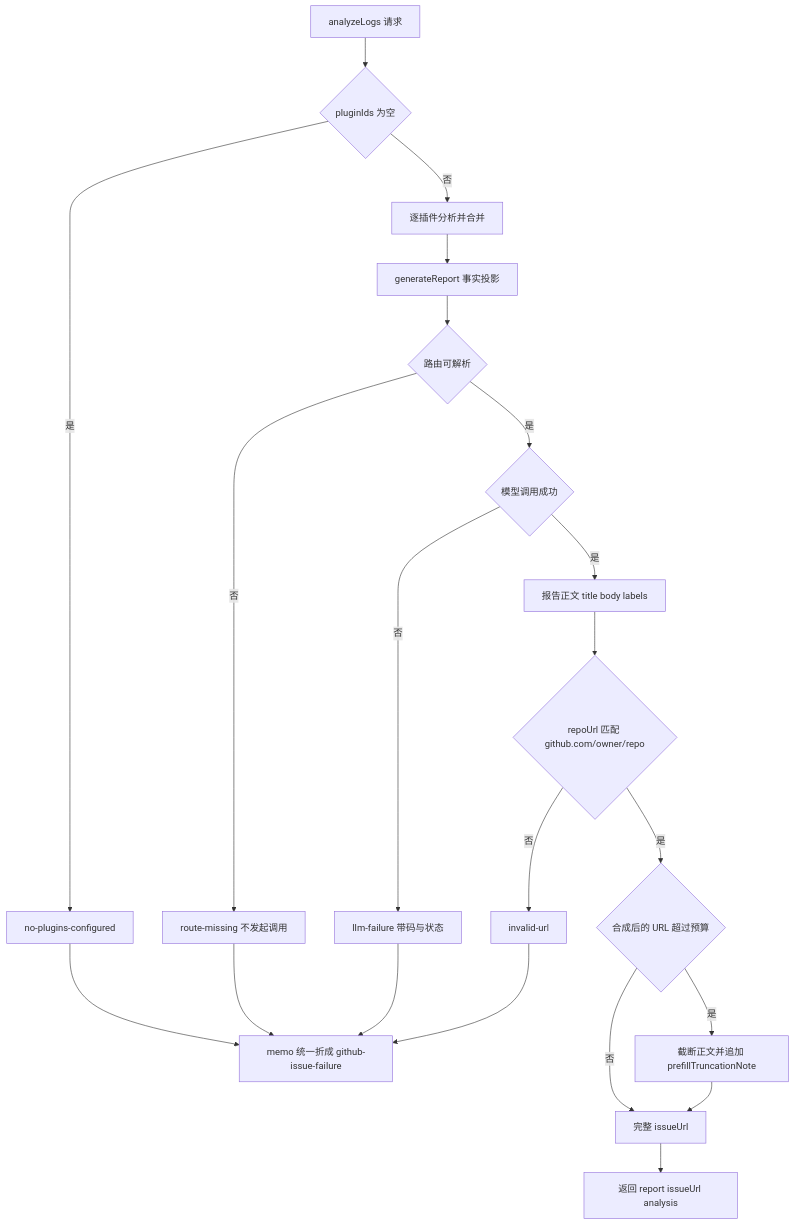
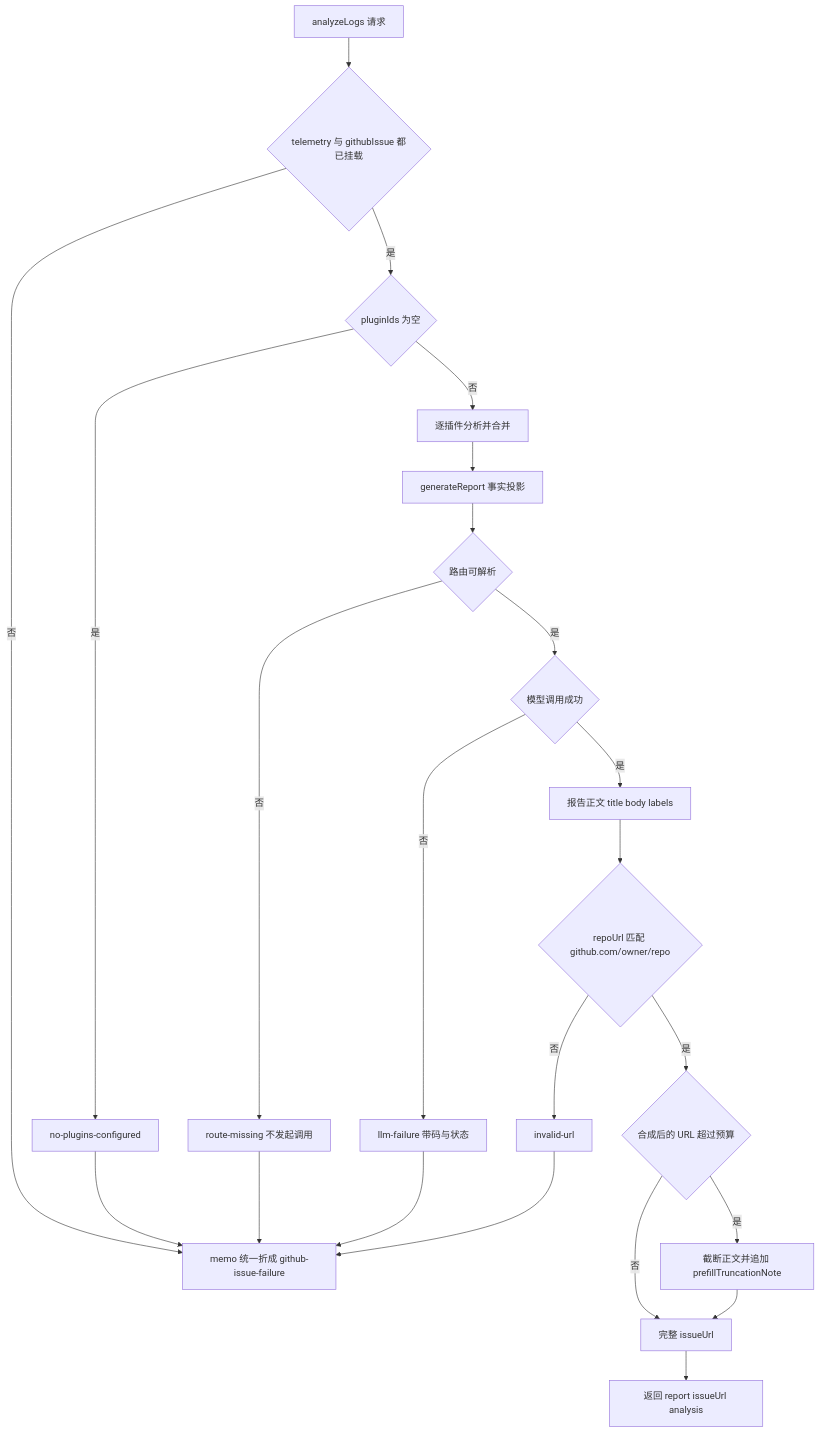
One commit to zhangj1164/dsh-mega-plugins changed the second of 2 diagrams in openwiki/workflows/log-analysis-to-issue.md. Above: the diagram before and after it, drawn with Mermaid. The commit also changed other lines of this file and 15 other files, not shown here.

````diff
--- a/openwiki/workflows/log-analysis-to-issue.md
+++ b/openwiki/workflows/log-analysis-to-issue.md
@@ -187,23 +197,25 @@
 ```mermaid
 flowchart TD
-  A["analyzeLogs 请求"] --> B{"pluginIds 为空"}
-  B -- 是 --> C["no-plugins-configured"]
-  B -- 否 --> D["逐插件分析并合并"]
+  A["analyzeLogs 请求"] --> B{"telemetry 与 githubIssue 都已挂载"}
+  B -- 否 --> Q
+  B -- 是 --> C{"pluginIds 为空"}
+  C -- 是 --> C1["no-plugins-configured"]
+  C -- 否 --> D["逐插件分析并合并"]
   D --> E["generateReport 事实投影"]
   E --> F{"路由可解析"}
   F -- 否 --> G["route-missing 不发起调用"]
   F -- 是 --> H{"模型调用成功"}
   H -- 否 --> I["llm-failure 带码与状态"]
   H -- 是 --> J["报告正文 title body labels"]
   J --> K{"repoUrl 匹配 github.com/owner/repo"}
   K -- 否 --> L["invalid-url"]
   K -- 是 --> M{"合成后的 URL 超过预算"}
   M -- 否 --> N["完整 issueUrl"]
   M -- 是 --> O["截断正文并追加 prefillTruncationNote"]
   O --> N
   N --> P["返回 report issueUrl analysis"]
-  C --> Q["memo 统一折成 github-issue-failure"]
+  C1 --> Q["memo 统一折成 github-issue-failure"]
   G --> Q
   I --> Q
   L --> Q
 ```
````
